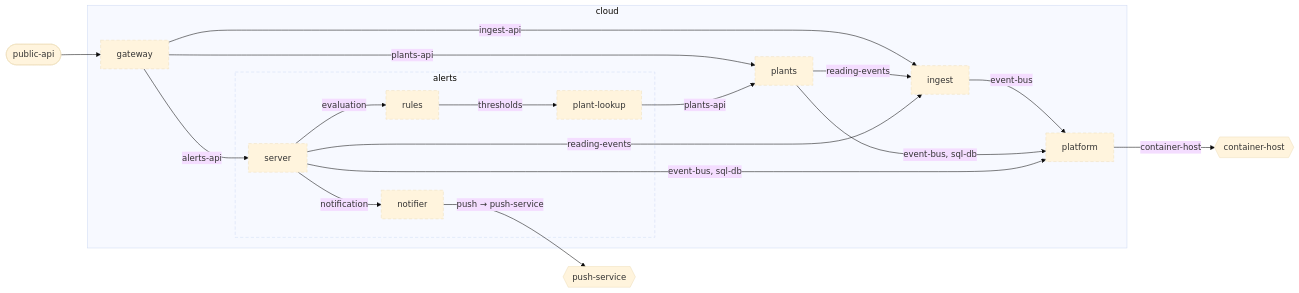
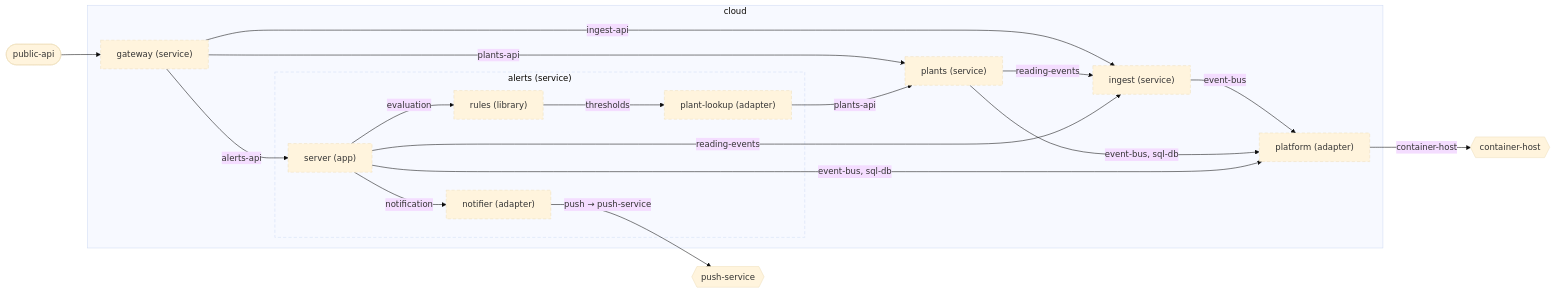
Before and after one commit to wackazong/unifold: the diagram in examples/plantwatch/cloud/docs/diagrams/architecture.md, drawn with Mermaid (base theme). The commit also changed other lines of this file and 339 other files, not shown here.

````diff
--- a/examples/plantwatch/cloud/docs/diagrams/architecture.md
+++ b/examples/plantwatch/cloud/docs/diagrams/architecture.md
@@ -8,38 +8,38 @@
 ```mermaid
 flowchart LR
   subgraph u_cloud["cloud"]
-    u_cloud__platform["platform"]
-    subgraph u_cloud__services__alerts["alerts"]
-      u_cloud__services__alerts__notifier["notifier"]
-      u_cloud__services__alerts__plant_dlookup["plant-lookup"]
-      u_cloud__services__alerts__rules["rules"]
-      u_cloud__services__alerts__server["server"]
+    u_cloud__platform["platform (adapter)"]
+    subgraph u_cloud__services__alerts["alerts (service)"]
+      u_cloud__services__alerts__notifier["notifier (adapter)"]
+      u_cloud__services__alerts__plant_dlookup["plant-lookup (adapter)"]
+      u_cloud__services__alerts__rules["rules (library)"]
+      u_cloud__services__alerts__server["server (app)"]
     end
-    u_cloud__services__gateway["gateway"]
-    u_cloud__services__ingest["ingest"]
-    u_cloud__services__plants["plants"]
+    u_cloud__services__gateway["gateway (service)"]
+    u_cloud__services__ingest["ingest (service)"]
+    u_cloud__services__plants["plants (service)"]
   end
   n_cloud___push_dservice{{"push-service"}}
   n_cloud___container_dhost{{"container-host"}}
   p_cloud___public_dapi(["public-api"])
   u_cloud__services__ingest -->|"event-bus"| u_cloud__platform
   u_cloud__services__plants -->|"event-bus, sql-db"| u_cloud__platform
   u_cloud__services__alerts__server -->|"event-bus, sql-db"| u_cloud__platform
   u_cloud__services__gateway -->|"ingest-api"| u_cloud__services__ingest
   u_cloud__services__gateway -->|"plants-api"| u_cloud__services__plants
   u_cloud__services__gateway -->|"alerts-api"| u_cloud__services__alerts__server
   u_cloud__services__plants -->|"reading-events"| u_cloud__services__ingest
   u_cloud__services__alerts__server -->|"reading-events"| u_cloud__services__ingest
   u_cloud__services__alerts__plant_dlookup -->|"plants-api"| u_cloud__services__plants
   u_cloud__services__alerts__notifier -->|"push → push-service"| n_cloud___push_dservice
   u_cloud__platform -->|"container-host"| n_cloud___container_dhost
   p_cloud___public_dapi --> u_cloud__services__gateway
   u_cloud__services__alerts__server -->|"evaluation"| u_cloud__services__alerts__rules
   u_cloud__services__alerts__server -->|"notification"| u_cloud__services__alerts__notifier
   u_cloud__services__alerts__rules -->|"thresholds"| u_cloud__services__alerts__plant_dlookup
   classDef focus stroke-width:4px
   classDef planned stroke-dasharray:6 4
   classDef deprecated stroke-dasharray:2 2,opacity:0.6
   classDef plain stroke-dasharray:2 3
   class u_cloud__platform,u_cloud__services__alerts,u_cloud__services__alerts__notifier,u_cloud__services__alerts__plant_dlookup,u_cloud__services__alerts__rules,u_cloud__services__alerts__server,u_cloud__services__gateway,u_cloud__services__ingest,u_cloud__services__plants planned
 ```
````
